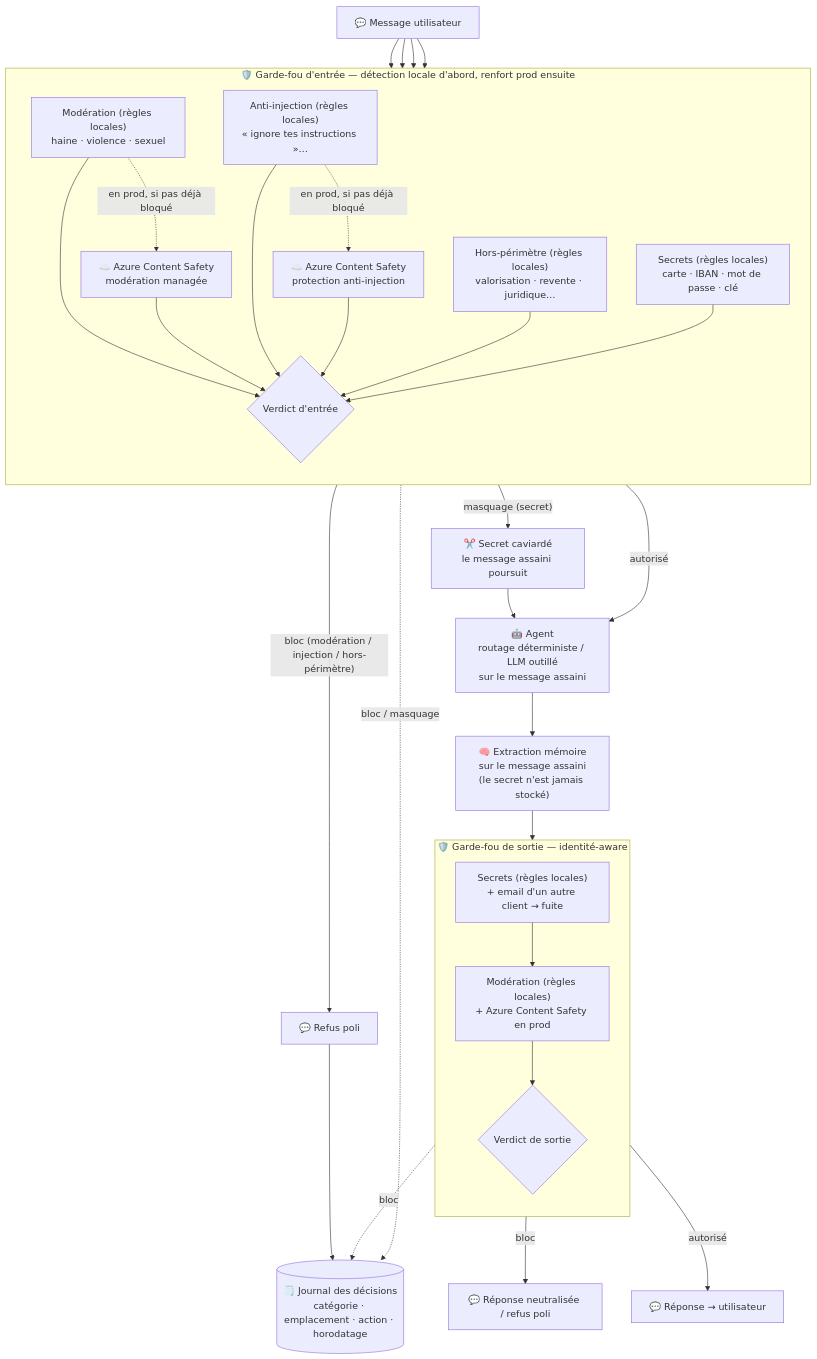
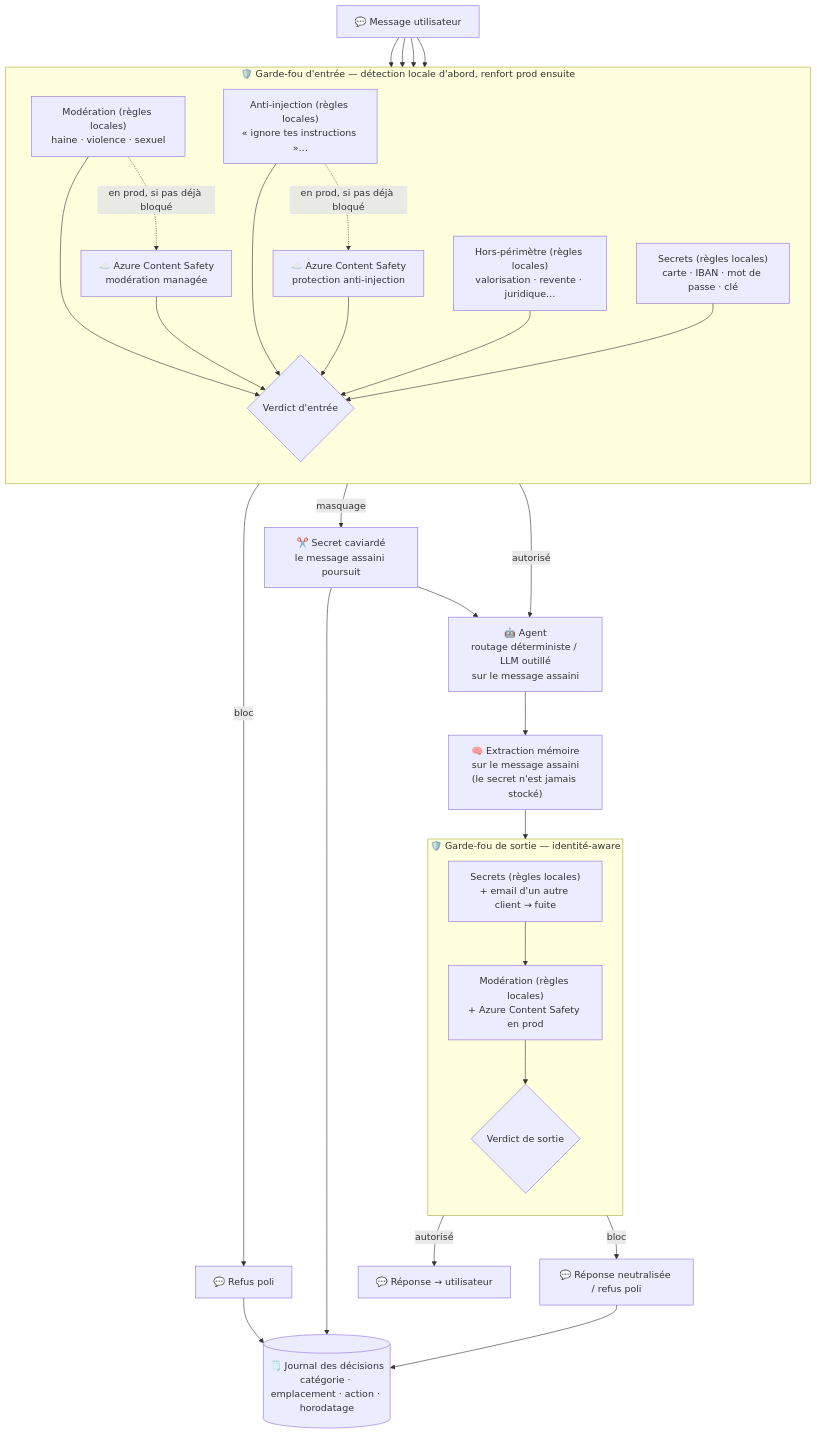
One commit to tonylucas/velmo-v2 changed the diagram in docs/superpowers/specs/2026-07-10-guardrails-design.md. Above: the diagram before and after it, drawn with Mermaid.

Commit message:
docs: simplify guardrail verdict edges (three clear outcomes + journal)
Each gate now has exactly three outcomes (bloc / masquage / autorisé) on
plain arrows; every block/mask feeds the journal via a simple edge from
its refusal/mask node. Removes the overlapping dotted 'bloc / masquage'
logging edge and the category list crammed into a control-flow arrow.

Claude-Session: https://claude.ai/code/session_01Ct4fq1NfG2SrLd4nK67orE

````diff
--- a/docs/superpowers/specs/2026-07-10-guardrails-design.md
+++ b/docs/superpowers/specs/2026-07-10-guardrails-design.md
@@ -139,53 +139,53 @@
 ```mermaid
 flowchart TD
     MSG["💬 Message utilisateur"]
 
     subgraph GIN["🛡️ Garde-fou d'entrée — détection locale d'abord, renfort prod ensuite"]
         direction TB
         MOD_IN["Modération (règles locales)<br>haine · violence · sexuel"]
         INJ_IN["Anti-injection (règles locales)<br>« ignore tes instructions »…"]
         OOS_IN["Hors-périmètre (règles locales)<br>valorisation · revente · juridique…"]
         SEC_IN["Secrets (règles locales)<br>carte · IBAN · mot de passe · clé"]
         CS_MOD["☁️ Azure Content Safety<br>modération managée"]
         CS_SHIELD["☁️ Azure Content Safety<br>protection anti-injection"]
         VERD_IN{"Verdict d'entrée"}
         MOD_IN -. "en prod, si pas déjà bloqué" .-> CS_MOD
         INJ_IN -. "en prod, si pas déjà bloqué" .-> CS_SHIELD
         MOD_IN --> VERD_IN
         CS_MOD --> VERD_IN
         INJ_IN --> VERD_IN
         CS_SHIELD --> VERD_IN
         OOS_IN --> VERD_IN
         SEC_IN --> VERD_IN
     end
 
     REFUS_IN["💬 Refus poli"]
     MASK["✂️ Secret caviardé<br>le message assaini poursuit"]
 
     GRAPH["🤖 Agent<br>routage déterministe / LLM outillé<br>sur le message assaini"]
     EXTRACT["🧠 Extraction mémoire<br>sur le message assaini<br>(le secret n'est jamais stocké)"]
 
     subgraph GOUT["🛡️ Garde-fou de sortie — identité-aware"]
         direction TB
         SEC_OUT["Secrets (règles locales)<br>+ email d'un autre client → fuite"]
         MOD_OUT["Modération (règles locales)<br>+ Azure Content Safety en prod"]
         VERD_OUT{"Verdict de sortie"}
         SEC_OUT --> MOD_OUT --> VERD_OUT
     end
 
     REFUS_OUT["💬 Réponse neutralisée / refus poli"]
     RESP["💬 Réponse → utilisateur"]
     LOG[("🗒️ Journal des décisions<br>catégorie · emplacement · action · horodatage")]
 
     MSG --> MOD_IN & INJ_IN & OOS_IN & SEC_IN
-    VERD_IN -- "bloc (modération / injection / hors-périmètre)" --> REFUS_IN
-    VERD_IN -- "masquage (secret)" --> MASK --> GRAPH
+    VERD_IN -- "bloc" --> REFUS_IN
+    VERD_IN -- "masquage" --> MASK --> GRAPH
     VERD_IN -- "autorisé" --> GRAPH
     GRAPH --> EXTRACT --> SEC_OUT
     VERD_OUT -- "bloc" --> REFUS_OUT
     VERD_OUT -- "autorisé" --> RESP
 
-    VERD_IN -. "bloc / masquage" .-> LOG
-    VERD_OUT -. "bloc" .-> LOG
     REFUS_IN --> LOG
+    MASK --> LOG
+    REFUS_OUT --> LOG
 ```
````
